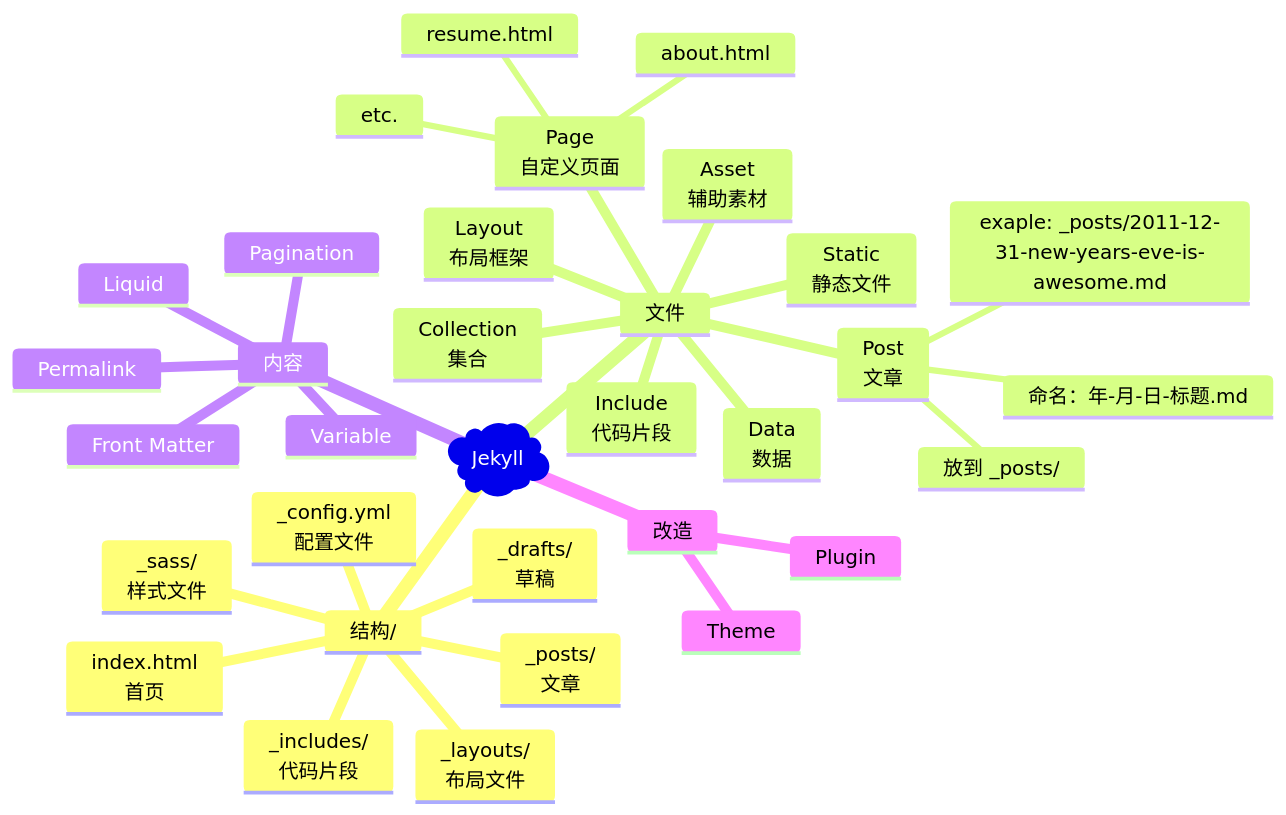
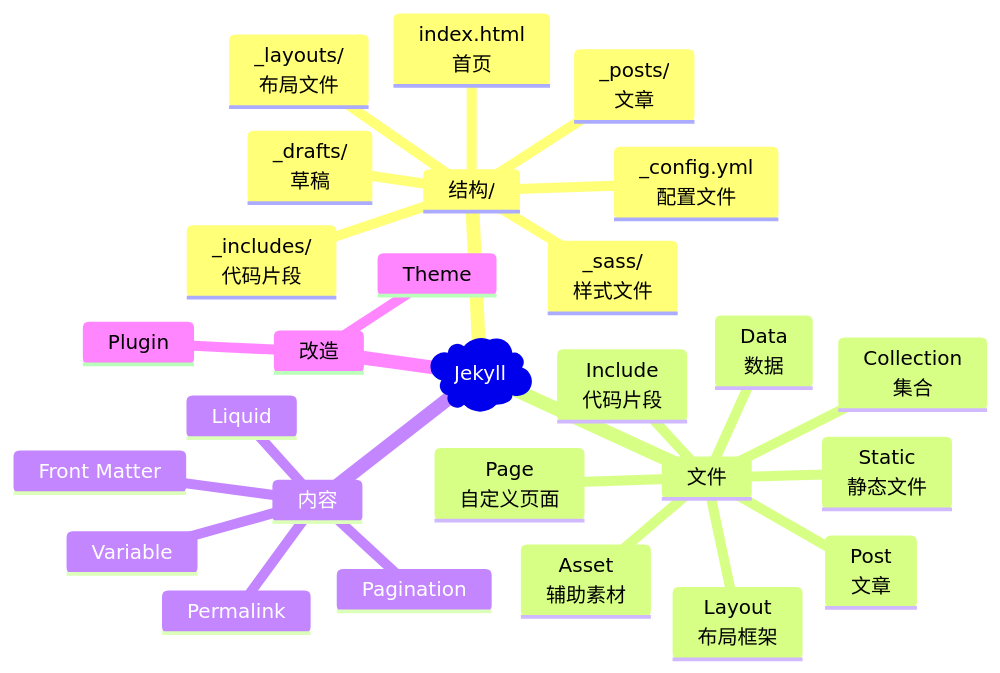
Before and after one commit to nanhualyq/nanhualyq.github.io: the diagram in _posts/2024-01-19-jekyll.md, drawn with Mermaid. The commit also changed other lines of this file, not shown here.

```diff
--- a/_posts/2024-01-19-jekyll.md
+++ b/_posts/2024-01-19-jekyll.md
@@ -17,36 +17,30 @@
 <pre class="mermaid">
 mindmap
 	Root)Jekyll(
 		结构/
 			index.html <br> 首页
 			_config.yml <br> 配置文件
 			_posts/ <br> 文章
 			_drafts/ <br> 草稿
 			_includes/ <br> 代码片段
 			_layouts/ <br> 布局文件
 			_sass/ <br> 样式文件
 		文件
 			Page <br> 自定义页面
-				about.html
-				resume.html
-				etc.
 			Post <br> 文章
-				放到 _posts/
-				命名：年-月-日-标题.md
-				exaple: _posts/2011-12-31-new-years-eve-is-awesome.md
 			Collection <br> 集合
 			Data <br> 数据
 			Asset <br> 辅助素材
 			Static <br> 静态文件
 			Include <br> 代码片段
 			Layout <br> 布局框架
 		内容
 			Front Matter
 			Liquid
 			Variable
 			Permalink
 			Pagination
 		改造
 			Theme
 			Plugin
 </pre>
```
